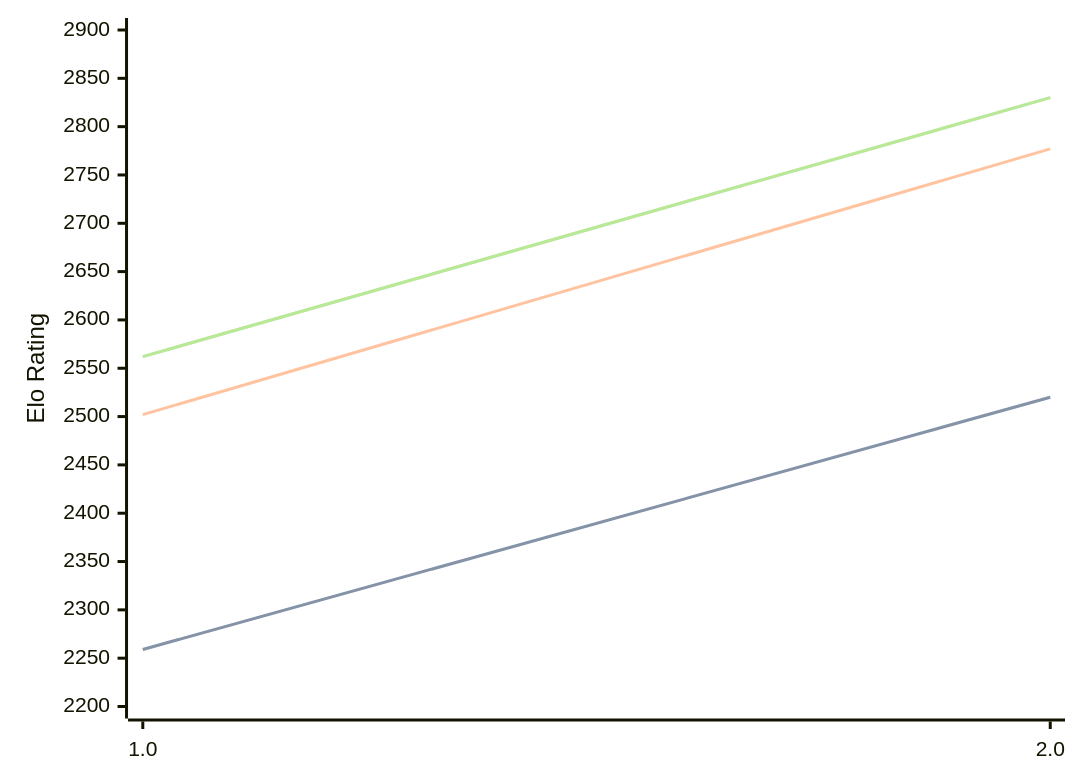
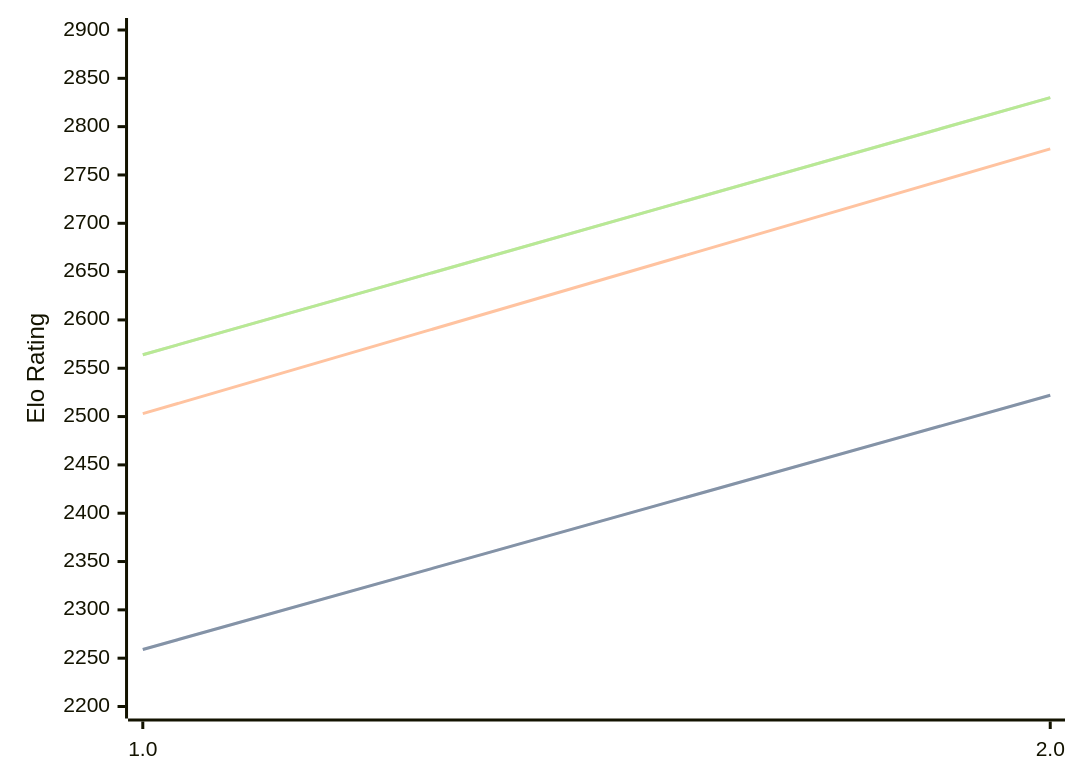
The diagram in engines/Revolver.md (computer-chess-index/cci), drawn with Mermaid before and after one commit. The commit also changed other lines of this file, not shown here.

Commit message:
Update CCI Ratings (ELO VLTC) - 2026-09-06

````diff
--- a/engines/Revolver.md
+++ b/engines/Revolver.md
@@ -32,11 +32,11 @@
 ```mermaid
 %%{init: {"theme":"base","themeVariables":{"seriesColors:['#a3a3a3','#222221','#faa371']}}}%%
 xychart-beta
   x-axis ["1.0", "2.0"]
   y-axis "Elo Rating" 2200 --> 2900
-  line "" [2259, 2520]
-  line "STC (8.0+0.08s)" [2259, 2520]
-  line "LTC (60.0+0.60s)" [2502, 2777]
-  line "" [2562, 2830]
-  line "VLTC (2m24s+1.12s)" [2562, 2830]
+  line "" [2259, 2522]
+  line "STC (8.0+0.08s)" [2259, 2522]
+  line "LTC (60.0+0.60s)" [2503, 2777]
+  line "" [2564, 2830]
+  line "VLTC (2m24s+1.12s)" [2564, 2830]
 ```
````
